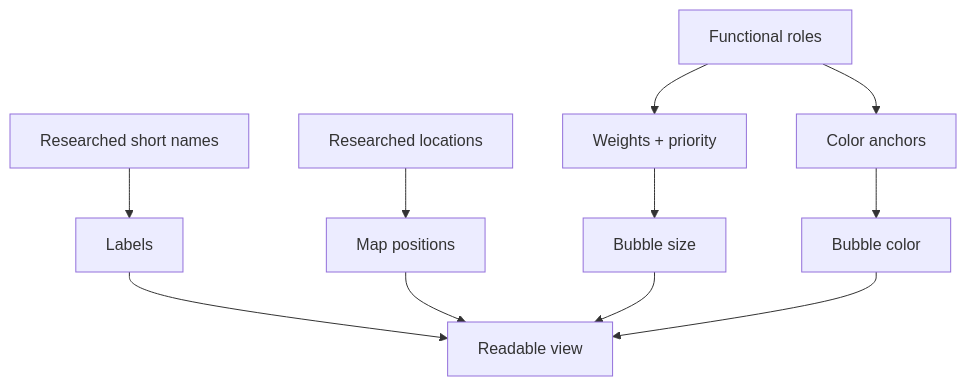
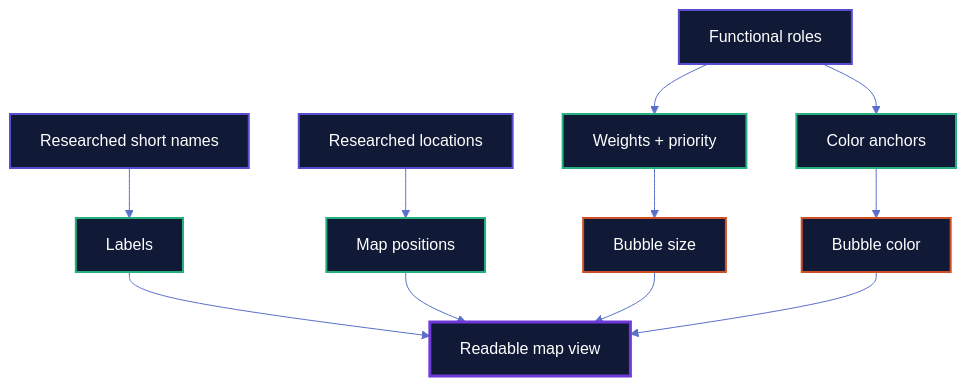
The second of 2 diagrams in README.md (willschenk/nerc-grid-map), drawn with Mermaid before and after one commit. The commit also changed other lines of this file, not shown here.

````diff
--- a/README.md
+++ b/README.md
@@ -67,13 +73,24 @@
 ```mermaid
+%%{init: {"theme": "base", "themeVariables": {"fontFamily": "-apple-system, BlinkMacSystemFont, Segoe UI, sans-serif", "primaryTextColor": "#ffffff", "lineColor": "#5a70c9"}}}%%
 flowchart TB
   R[Functional roles] --> W[Weights + priority]
   R --> C[Color anchors]
   N[Researched short names] --> L[Labels]
   G[Researched locations] --> M[Map positions]
   W --> S[Bubble size]
   C --> B[Bubble color]
-  L --> V[Readable view]
+  L --> V[Readable map view]
   M --> V
   S --> V
   B --> V
+
+  classDef input fill:#101936,stroke:#584dcf,color:#ffffff,stroke-width:2px;
+  classDef logic fill:#101936,stroke:#25b07d,color:#ffffff,stroke-width:2px;
+  classDef visual fill:#101936,stroke:#cd5027,color:#ffffff,stroke-width:2px;
+  classDef final fill:#101936,stroke:#6f39d9,color:#ffffff,stroke-width:3px;
+
+  class R,N,G input;
+  class W,C,L,M logic;
+  class S,B visual;
+  class V final;
 ```
````
